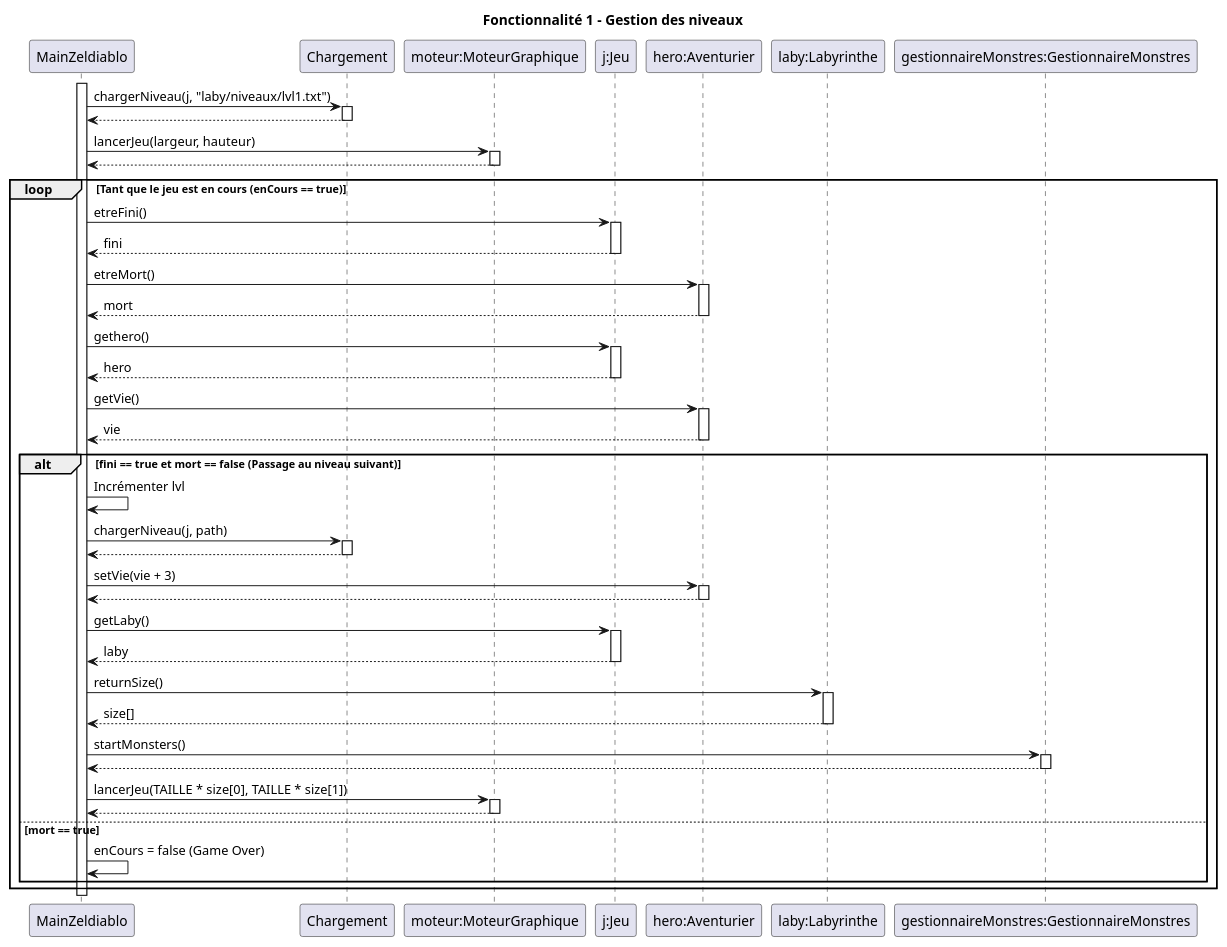
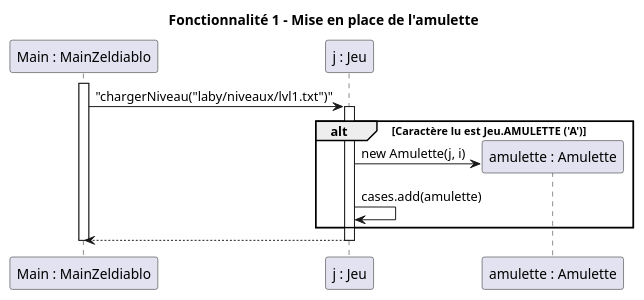
The diagram in documents/version_3/Diagrammes Séquence/Fonctionnalité 1.puml (lucas-martinati-pro/SAE_S2.01_Zeldiablo-LucasM_JeanLM_PierreGSV), drawn with PlantUML before and after one commit. The commit also changed 9 other files, not shown here.

Commit message:
add: Diagramme de séquence des fonctionnalités, v3

```diff
--- a/documents/version_3/Diagrammes Séquence/Fonctionnalité 1.puml
+++ b/documents/version_3/Diagrammes Séquence/Fonctionnalité 1.puml
@@ -1,82 +1,20 @@
 @startuml
-title Fonctionnalité 1 - Gestion des niveaux
+title Fonctionnalité 1 - Mise en place de l'amulette
 
-participant "MainZeldiablo" as Main
-participant "Chargement" as Chargement
-participant "moteur:MoteurGraphique" as Moteur
-participant "j:Jeu" as Jeu
-participant "hero:Aventurier" as Hero
-participant "laby:Labyrinthe" as Laby
-participant "gestionnaireMonstres:GestionnaireMonstres" as GM
+participant "Main : MainZeldiablo" as Main
+participant "j : Jeu" as Jeu
 
 activate Main
+Main -> Jeu : "chargerNiveau("laby/niveaux/lvl1.txt")"
+activate Jeu
 
-Main -> Chargement : chargerNiveau(j, "laby/niveaux/lvl1.txt")
-activate Chargement
-Chargement --> Main
-deactivate Chargement
-
-Main -> Moteur : lancerJeu(largeur, hauteur)
-activate Moteur
-Moteur --> Main
-deactivate Moteur
-
-loop Tant que le jeu est en cours (enCours == true)
-    Main -> Jeu : etreFini()
-    activate Jeu
-    Jeu --> Main : fini
-    deactivate Jeu
-
-    Main -> Hero : etreMort()
-    activate Hero
-    Hero --> Main : mort
-    deactivate Hero
-
-    Main -> Jeu : gethero()
-    activate Jeu
-    Jeu --> Main : hero
-    deactivate Jeu
-
-    Main -> Hero : getVie()
-    activate Hero
-    Hero --> Main : vie
-    deactivate Hero
-
-    alt fini == true et mort == false (Passage au niveau suivant)
-        Main -> Main : Incrémenter lvl
-        Main -> Chargement : chargerNiveau(j, path)
-        activate Chargement
-        Chargement --> Main
-        deactivate Chargement
-
-        Main -> Hero : setVie(vie + 3)
-        activate Hero
-        Hero --> Main
-        deactivate Hero
-
-        Main -> Jeu : getLaby()
-        activate Jeu
-        Jeu --> Main : laby
-        deactivate Jeu
-
-        Main -> Laby : returnSize()
-        activate Laby
-        Laby --> Main : size[]
-        deactivate Laby
-
-        Main -> GM : startMonsters()
-        activate GM
-        GM --> Main
-        deactivate GM
-
-        Main -> Moteur : lancerJeu(TAILLE * size[0], TAILLE * size[1])
-        activate Moteur
-        Moteur --> Main
-        deactivate Moteur
-    else mort == true
-        Main -> Main : enCours = false (Game Over)
-    end
+alt Caractère lu est Jeu.AMULETTE ('A')
+    create "amulette : Amulette" as Amulette
+    Jeu -> Amulette : new Amulette(j, i)
+    Jeu -> Jeu : cases.add(amulette)
 end
 
+Jeu --> Main
+deactivate Jeu
 deactivate Main
 @enduml
```
